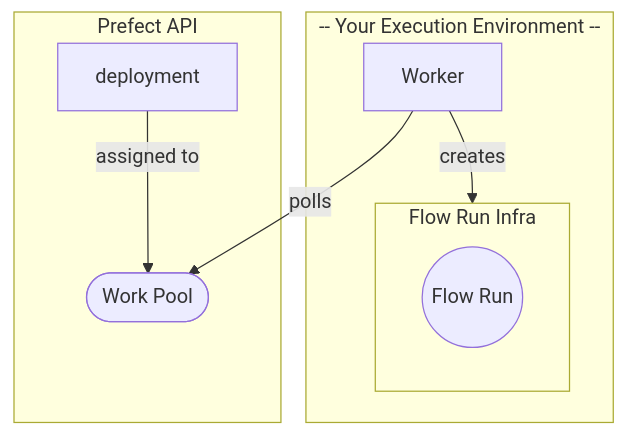
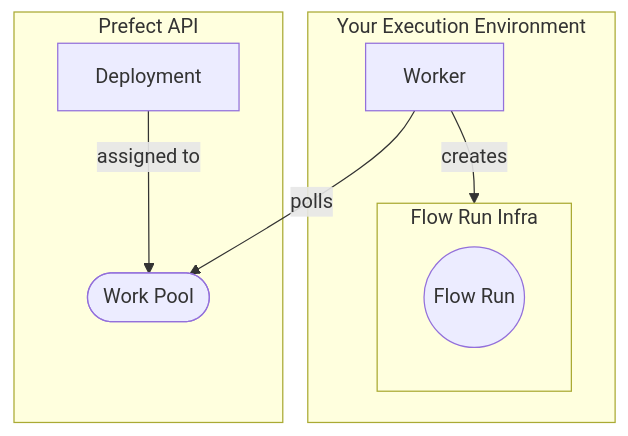
Before and after one commit to PrefectHQ/prefect: the diagram in docs/tutorial/deployments.md, drawn with Mermaid.

Commit message:
Create consistency in diagram in deployments.md

````diff
--- a/docs/tutorial/deployments.md
+++ b/docs/tutorial/deployments.md
@@ -60,19 +60,19 @@
 ```mermaid
 graph TD
 
-    subgraph your_infra["-- Your Execution Environment --"]
+    subgraph your_infra["Your Execution Environment"]
         worker["Worker"]
 				subgraph flow_run_infra[Flow Run Infra]
 					flow_run(("Flow Run"))
 				end
         
     end
 
     subgraph api["Prefect API"]
-				deployment --> |assigned to| work_pool
+				Deployment --> |assigned to| work_pool
         work_pool(["Work Pool"])
     end
 
     worker --> |polls| work_pool
     worker --> |creates| flow_run_infra
 ```
````
